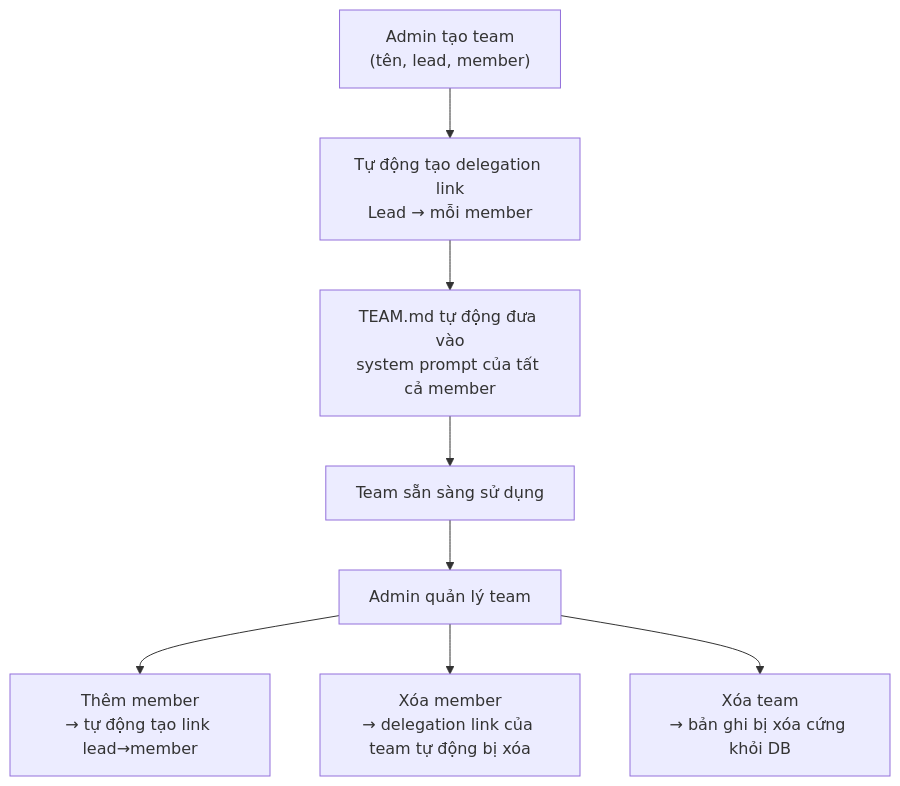
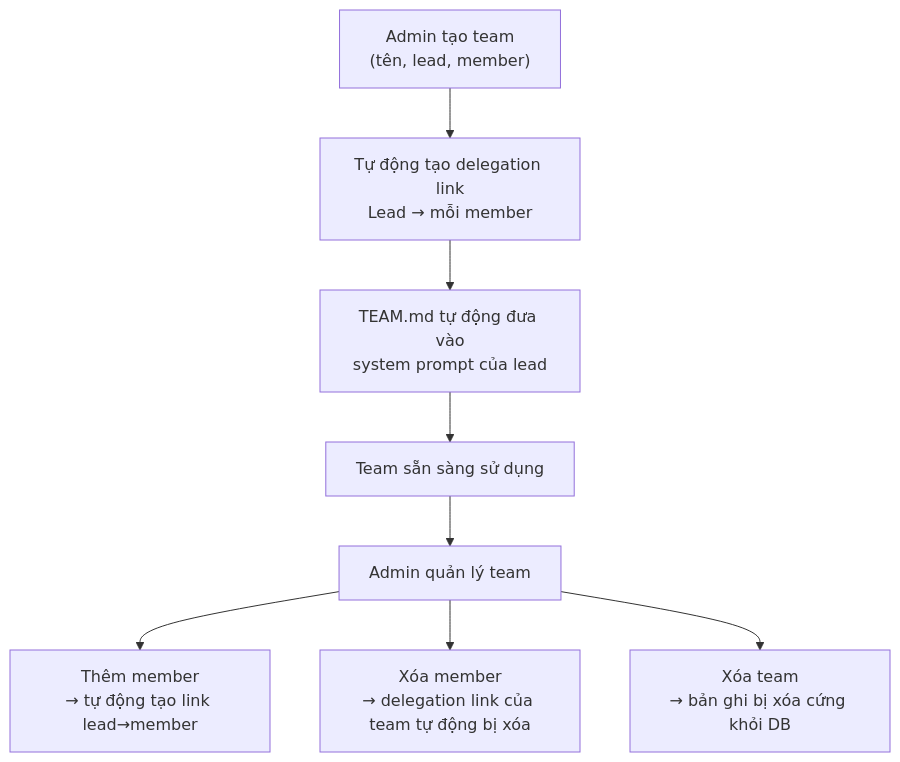
The diagram in vi/agent-teams/creating-managing-teams.md (jooray/goclaw-docs), drawn with Mermaid before and after one commit. The commit also changed other lines of this file and 15 other files, not shown here.

````diff
--- a/vi/agent-teams/creating-managing-teams.md
+++ b/vi/agent-teams/creating-managing-teams.md
@@ -50,11 +50,11 @@
 ```mermaid
 flowchart TD
     CREATE["Admin tạo team<br/>(tên, lead, member)"] --> LINK["Tự động tạo delegation link<br/>Lead → mỗi member"]
-    LINK --> INJECT["TEAM.md tự động đưa vào<br/>system prompt của tất cả member"]
+    LINK --> INJECT["TEAM.md tự động đưa vào<br/>system prompt của lead"]
     INJECT --> READY["Team sẵn sàng sử dụng"]
 
     READY --> MANAGE["Admin quản lý team"]
     MANAGE --> ADD["Thêm member<br/>→ tự động tạo link lead→member"]
     MANAGE --> REMOVE["Xóa member<br/>→ delegation link của team tự động bị xóa"]
     MANAGE --> DELETE["Xóa team<br/>→ bản ghi bị xóa cứng khỏi DB"]
 ```
````
